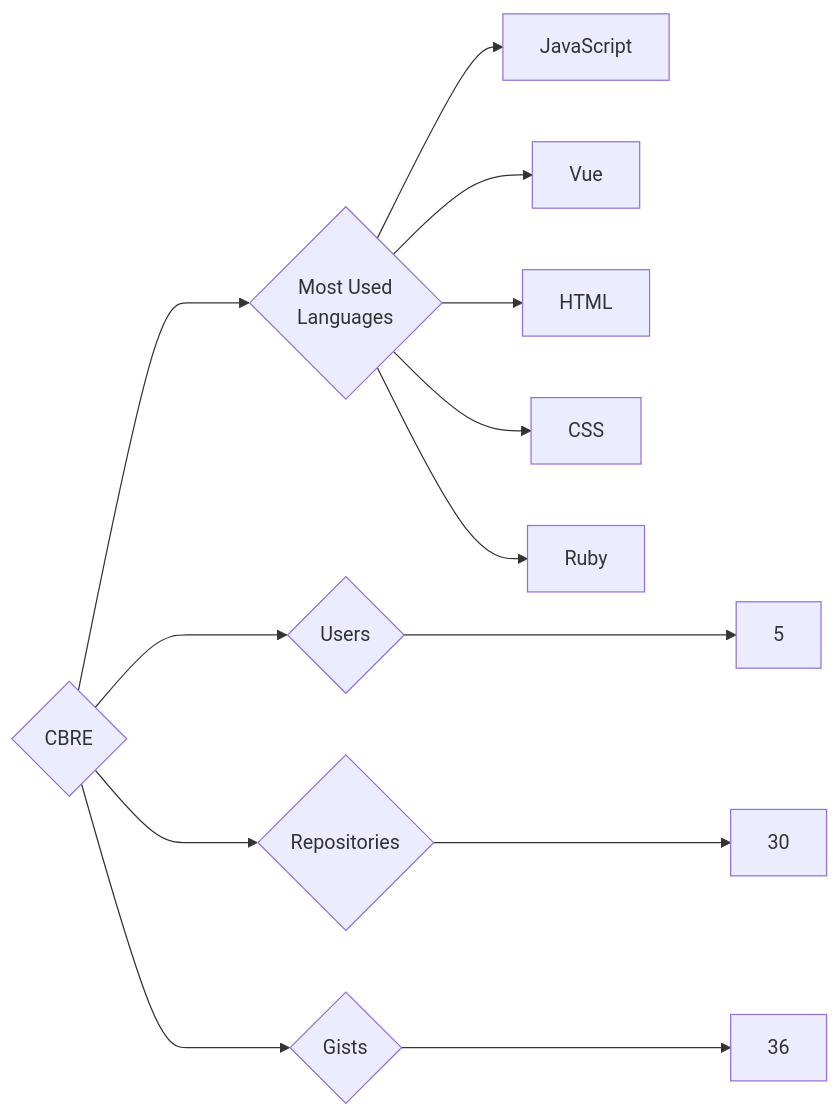
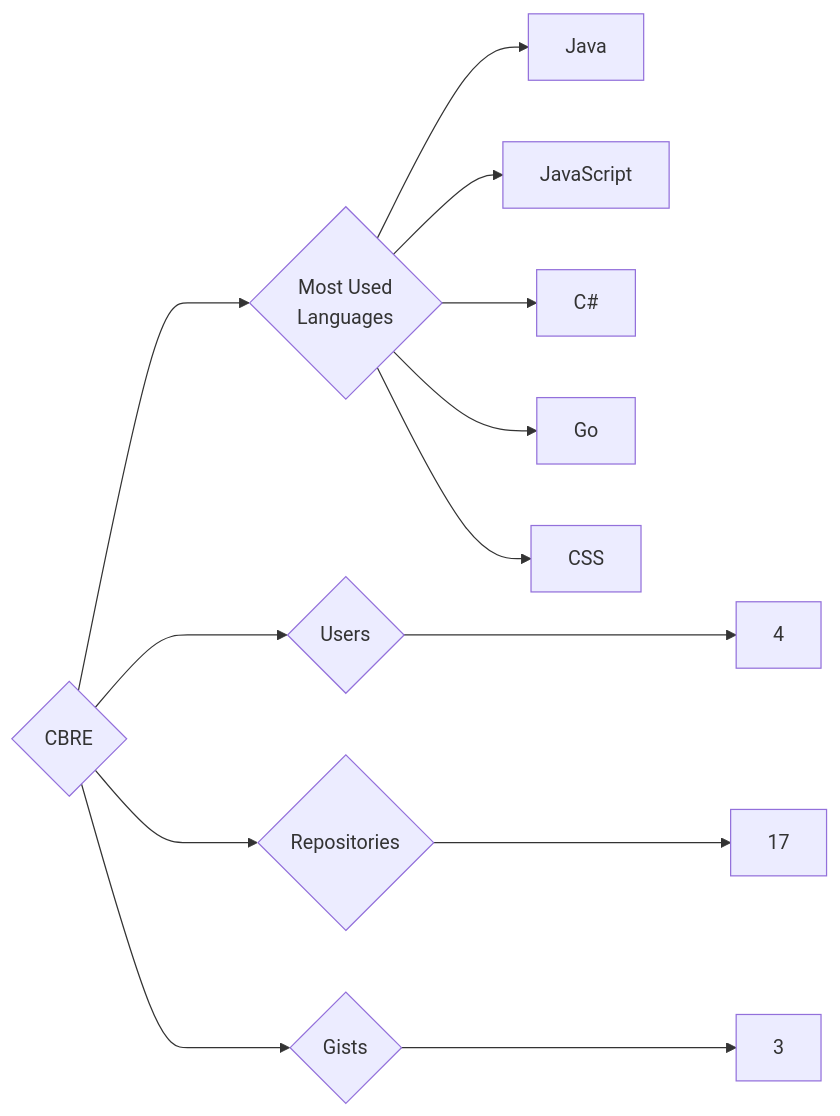
One commit to trickest/insiders changed the diagram in targets/CBRE/README.md. Above: the diagram before and after it, drawn with Mermaid. The commit also changed 1167 other files, not shown here.

````diff
--- a/targets/CBRE/README.md
+++ b/targets/CBRE/README.md
@@ -3,13 +3,13 @@
 ```mermaid
 graph LR
 COMPANY_NAME{CBRE}
-COMPANY_NAME ---> U{Users} ---> UN[5]
-COMPANY_NAME ---> R{Repositories} ---> RN[30]
-COMPANY_NAME ---> G{Gists} ---> GN[36]
+COMPANY_NAME ---> U{Users} ---> UN[4]
+COMPANY_NAME ---> R{Repositories} ---> RN[17]
+COMPANY_NAME ---> G{Gists} ---> GN[3]
 COMPANY_NAME ---> ML{Most Used<br>Languages}
+ML --> Java[Java]
 ML --> JavaScript[JavaScript]
-ML --> Vue[Vue]
-ML --> HTML[HTML]
+ML --> C#[C#]
+ML --> Go[Go]
 ML --> CSS[CSS]
-ML --> Ruby[Ruby]
 ```
````
